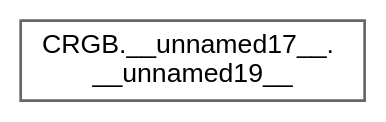
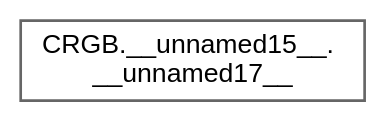
One commit to mcx/FastLED changed the diagram in docs/inherit_graph_39.dot. Above: the diagram before and after it, drawn with Graphviz. The commit also changed 1592 other files, not shown here.

```diff
--- a/docs/inherit_graph_39.dot
+++ b/docs/inherit_graph_39.dot
@@ -1,9 +1,9 @@
 digraph "Graphical Class Hierarchy"
 {
  // LATEX_PDF_SIZE
   bgcolor="transparent";
   edge [fontname=Helvetica,fontsize=10,labelfontname=Helvetica,labelfontsize=10];
   node [fontname=Helvetica,fontsize=10,shape=box,height=0.2,width=0.4];
   rankdir="LR";
-  Node0 [id="Node000000",label="CRGB.__unnamed17__.\l__unnamed19__",height=0.2,width=0.4,color="grey40", fillcolor="white", style="filled",URL="$db/d87/group___pixel_types.html#d3/de6/struct_c_r_g_b_8____unnamed17_____8____unnamed19____",tooltip=" "];
+  Node0 [id="Node000000",label="CRGB.__unnamed15__.\l__unnamed17__",height=0.2,width=0.4,color="grey40", fillcolor="white", style="filled",URL="$db/d87/group___pixel_types.html#da/db3/struct_c_r_g_b_8____unnamed15_____8____unnamed17____",tooltip=" "];
 }
```
